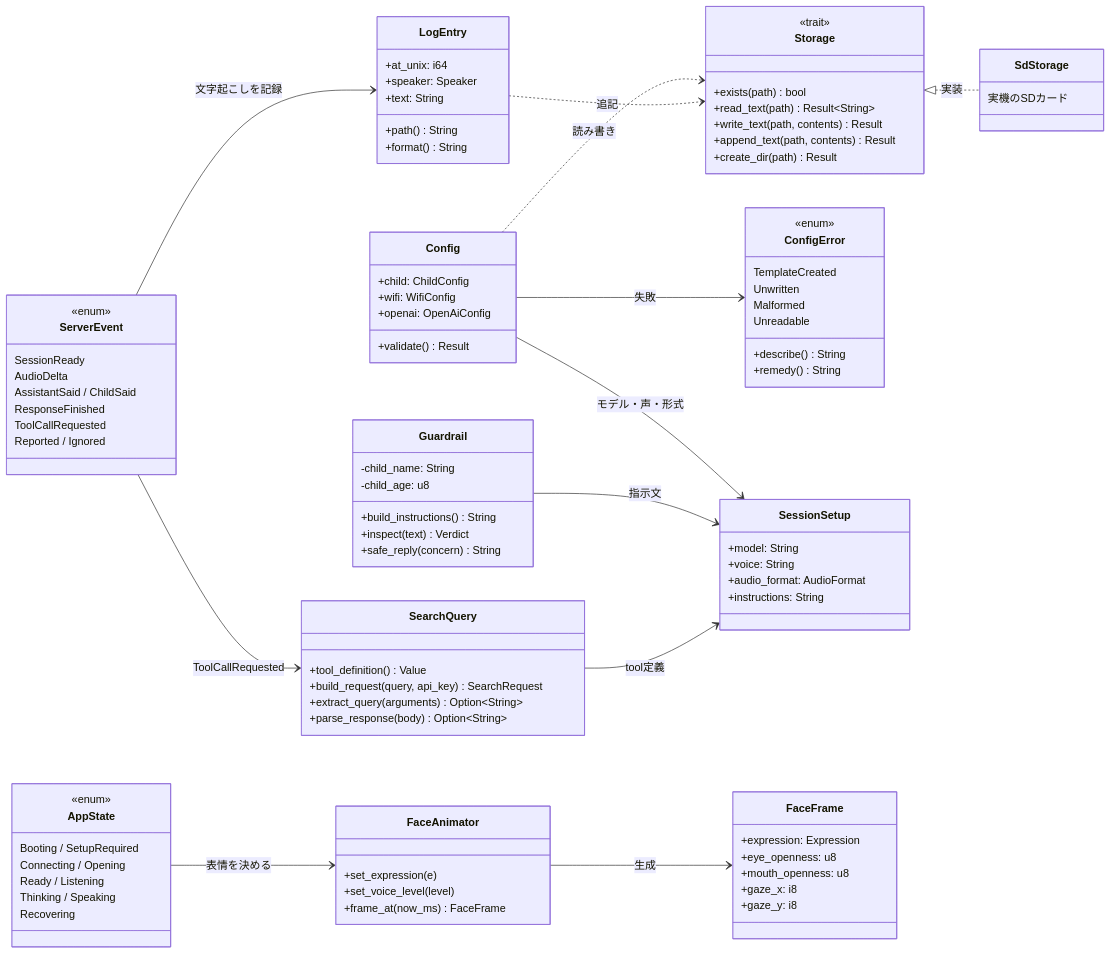
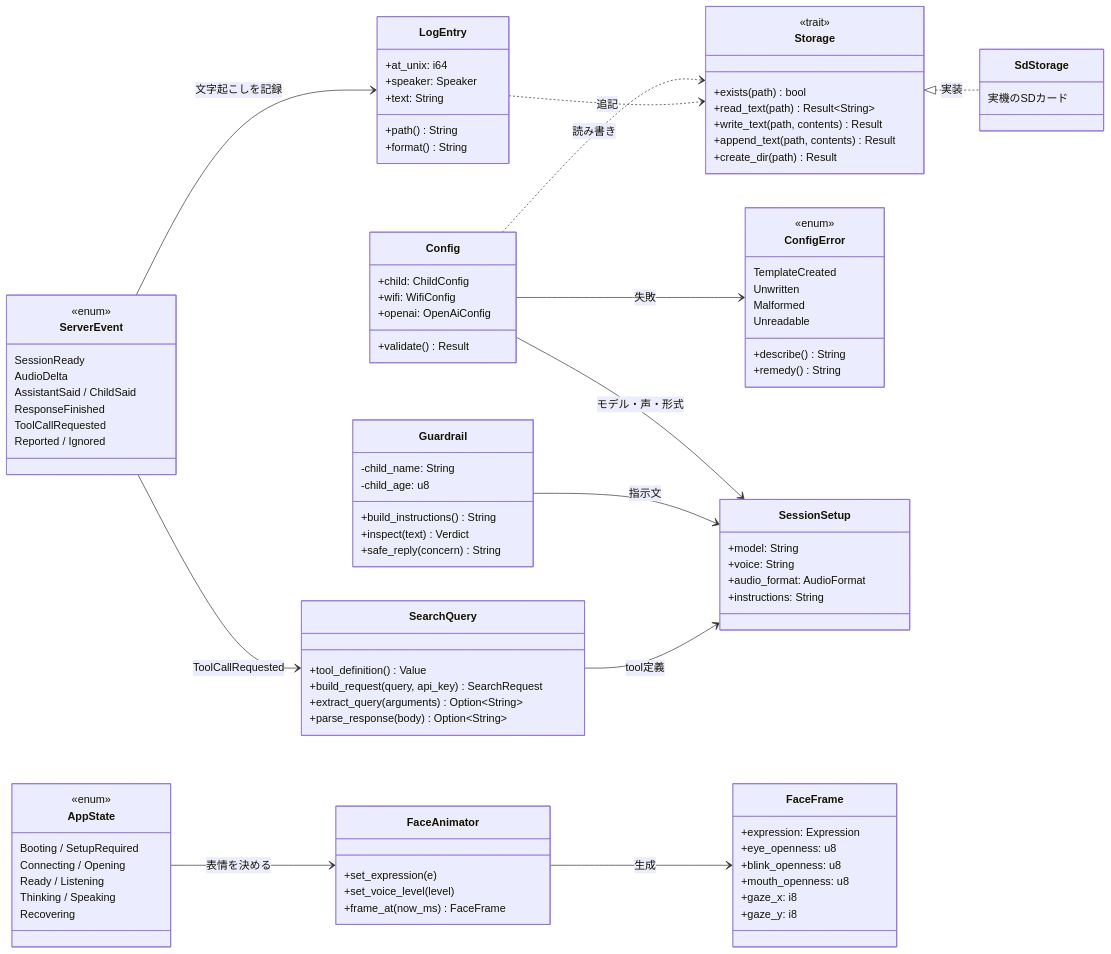
The second of 2 diagrams in docs/design/architecture.md (kibou-vision/m5a), drawn with Mermaid before and after one commit. The commit also changed 3 other files, not shown here.

```diff
--- a/docs/design/architecture.md
+++ b/docs/design/architecture.md
@@ -109,6 +109,7 @@
   class FaceFrame {
     +expression: Expression
     +eye_openness: u8
+    +blink_openness: u8
     +mouth_openness: u8
     +gaze_x: i8
     +gaze_y: i8
```
